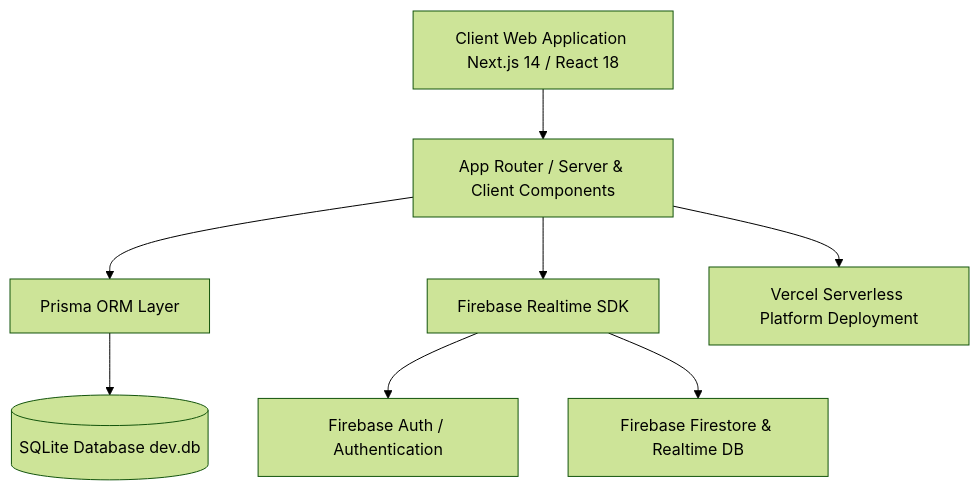
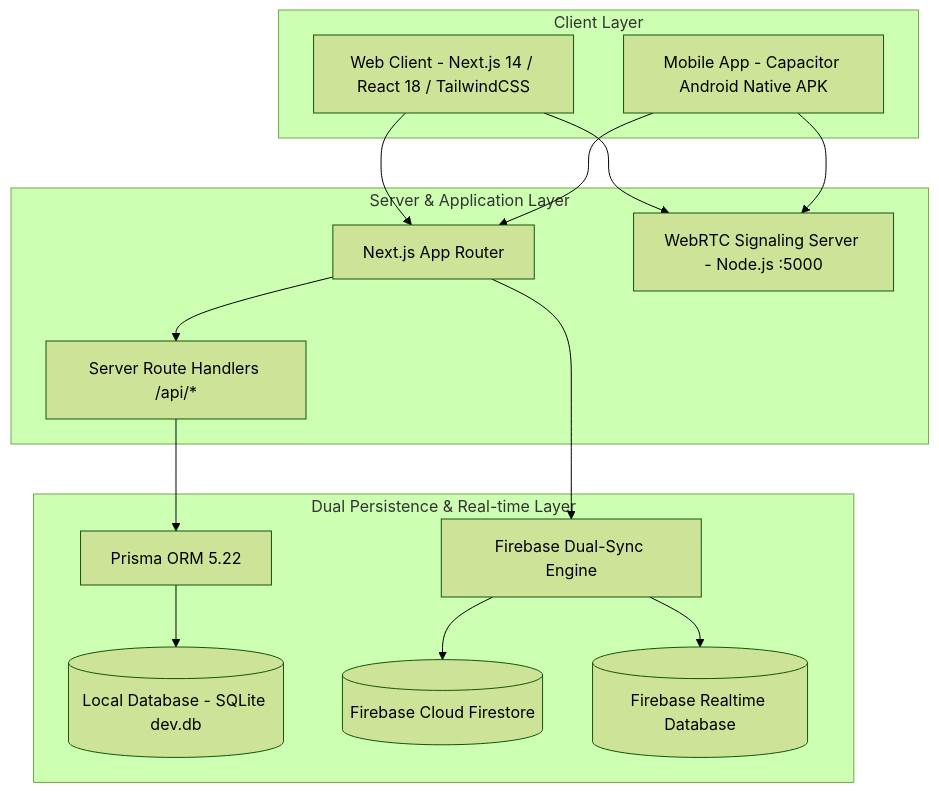
The diagram in KNOWLEDGE_BASE.md (Nithishkumar-2501/LEAD-MANAGEMENT-SYSTEM), drawn with Mermaid (forest theme) before and after one commit. The commit also changed other lines of this file and 1 other file, not shown here.

````diff
--- a/KNOWLEDGE_BASE.md
+++ b/KNOWLEDGE_BASE.md
@@ -16,10 +31,32 @@
 ```mermaid
 graph TD
-    A[Client Web Application Next.js 14 / React 18] --> B[App Router / Server & Client Components]
-    B --> C[Prisma ORM Layer]
-    B --> D[Firebase Realtime SDK]
-    C --> E[(SQLite Database dev.db)]
-    D --> F[Firebase Auth / Authentication]
-    D --> G[Firebase Firestore & Realtime DB]
-    B --> H[Vercel Serverless Platform Deployment]
+    subgraph Client Layer
+        Web[Web Client - Next.js 14 / React 18 / TailwindCSS]
+        Mobile[Mobile App - Capacitor Android Native APK]
+    end
+
+    subgraph Server & Application Layer
+        Router[Next.js App Router]
+        API[Server Route Handlers /api/*]
+        WebRTC[WebRTC Signaling Server - Node.js :5000]
+    end
+
+    subgraph Dual Persistence & Real-time Layer
+        Prisma[Prisma ORM 5.22]
+        SQLite[(Local Database - SQLite dev.db)]
+        FBSync[Firebase Dual-Sync Engine]
+        Firestore[(Firebase Cloud Firestore)]
+        RTDB[(Firebase Realtime Database)]
+    end
+
+    Web --> Router
+    Mobile --> Router
+    Router --> API
+    API --> Prisma
+    Prisma --> SQLite
+    Router --> FBSync
+    FBSync --> Firestore
+    FBSync --> RTDB
+    Web --> WebRTC
+    Mobile --> WebRTC
 ```
````
